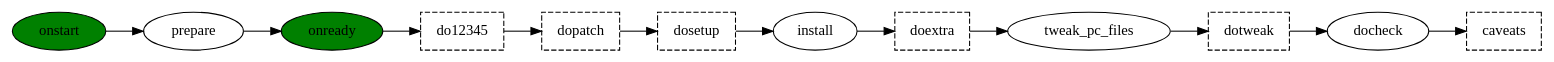
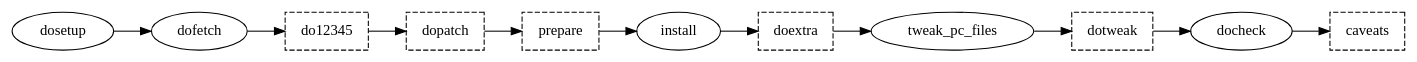
Before and after one commit to leleliu008/xcpkg: the diagram in phases.dot, drawn with Graphviz. The commit also changed 3 other files, not shown here.

```diff
--- a/phases.dot
+++ b/phases.dot
@@ -1,15 +1,12 @@
 digraph {
     rankdir="LR"
 
-    onstart -> prepare -> onready -> do12345 -> dopatch -> dosetup -> install -> doextra -> tweak_pc_files -> dotweak -> docheck -> caveats
-
-    onstart [fillcolor="green";style=filled]
-    onready [fillcolor="green";style=filled]
+    dosetup -> dofetch -> do12345 -> dopatch -> prepare -> install -> doextra -> tweak_pc_files -> dotweak -> docheck -> caveats
 
     do12345 [shape="box"; style="dashed"];
     dopatch [shape="box"; style="dashed"];
-    dosetup [shape="box"; style="dashed"];
+    prepare [shape="box"; style="dashed"];
     doextra [shape="box"; style="dashed"];
     dotweak [shape="box"; style="dashed"];
     caveats [shape="box"; style="dashed"];
 }
```
